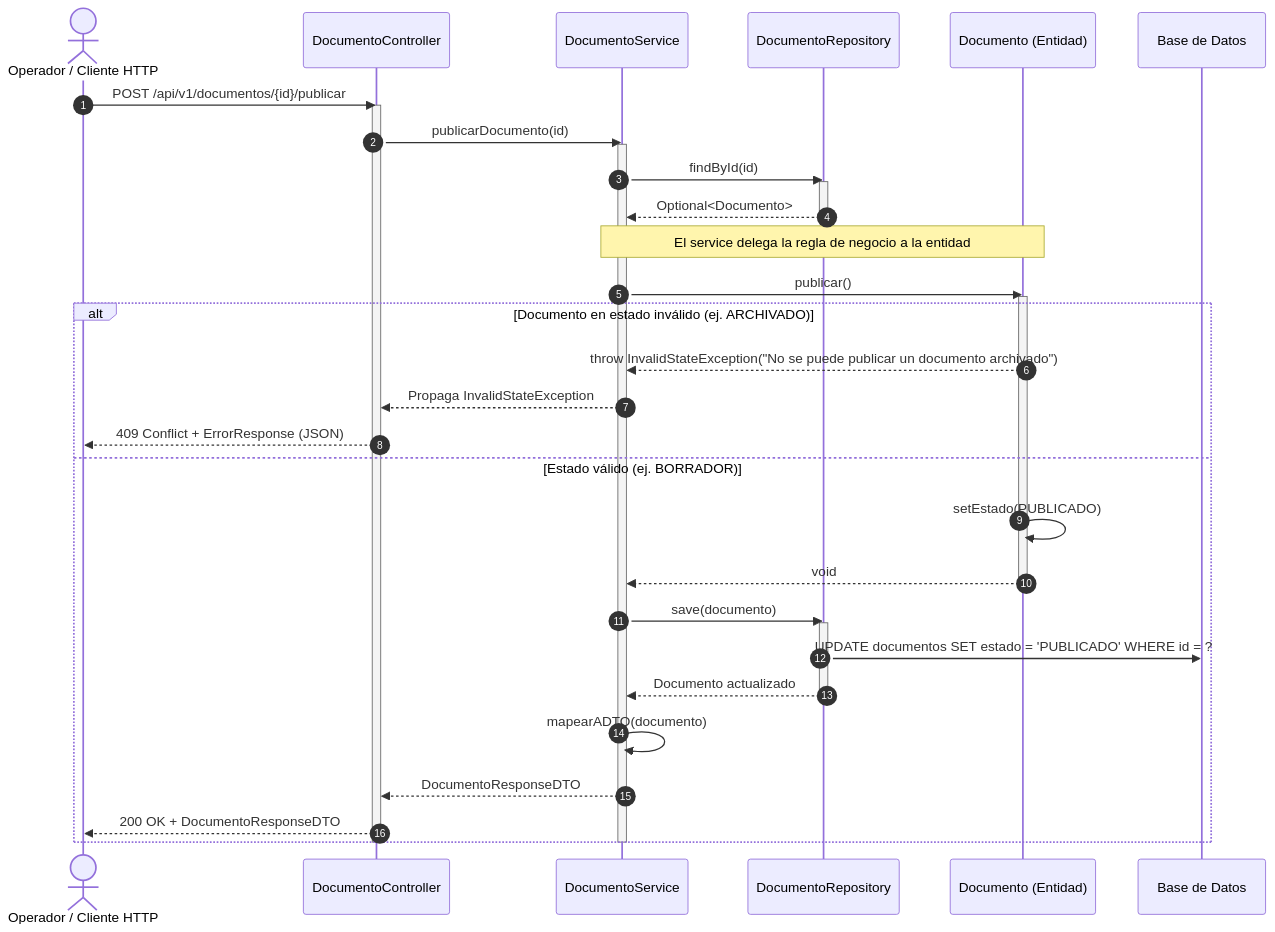
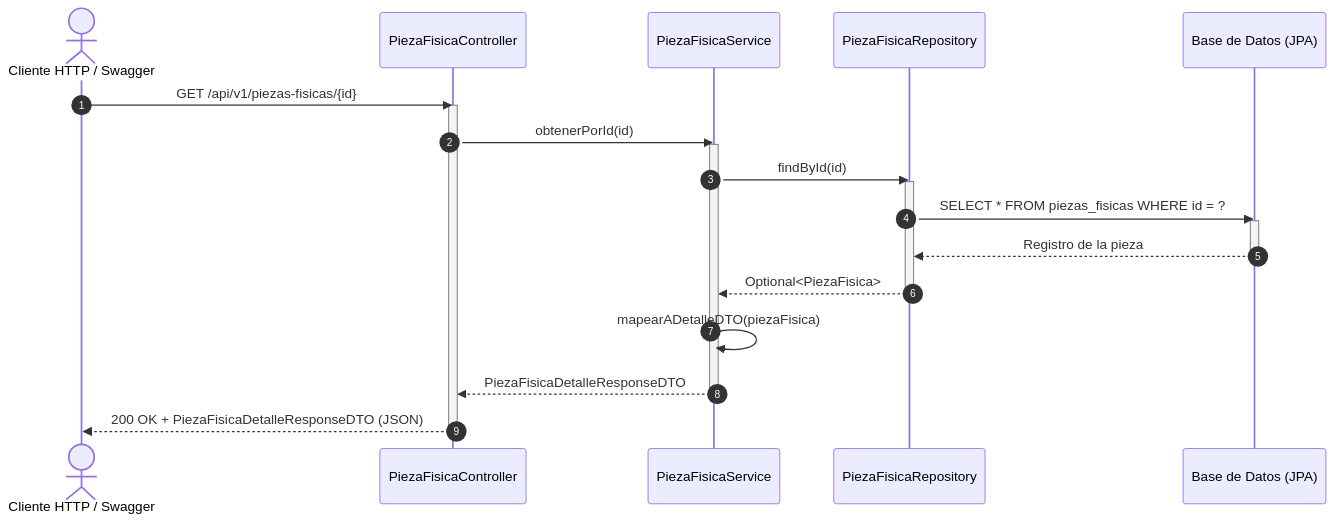
The third of 4 diagrams in docs/diagramas/secuencias.md (crisandersen8-png/tp-integrador-archivo-digital-los-picac-digo), drawn with Mermaid before and after one commit. The commit also changed other lines of this file and 2 other files, not shown here.

Commit message:
diagramas

````diff
--- a/docs/diagramas/secuencias.md
+++ b/docs/diagramas/secuencias.md
@@ -47,46 +119,29 @@
 ```mermaid
 sequenceDiagram
     autonumber
-    actor Cliente as Operador / Cliente HTTP
-    participant Controller as DocumentoController
-    participant Service as DocumentoService
-    participant Repo as DocumentoRepository
-    participant Entidad as Documento (Entidad)
-    participant DB as Base de Datos
+    actor Cliente as Cliente HTTP / Swagger
+    participant Controller as PiezaFisicaController
+    participant Service as PiezaFisicaService
+    participant Repo as PiezaFisicaRepository
+    participant DB as Base de Datos (JPA)
 
-    Cliente->>Controller: POST /api/v1/documentos/{id}/publicar
+    Cliente->>Controller: GET /api/v1/piezas-fisicas/{id}
     activate Controller
-    Controller->>Service: publicarDocumento(id)
+    Controller->>Service: obtenerPorId(id)
     activate Service
-
     Service->>Repo: findById(id)
     activate Repo
-    Repo-->>Service: Optional<Documento>
+    Repo->>DB: SELECT * FROM piezas_fisicas WHERE id = ?
+    activate DB
+    DB-->>Repo: Registro de la pieza
+    deactivate DB
+    Repo-->>Service: Optional<PiezaFisica>
     deactivate Repo
 
-    Note over Service,Entidad: El service delega la regla de negocio a la entidad
-    Service->>Entidad: publicar()
-    activate Entidad
+    Service->>Service: mapearADetalleDTO(piezaFisica)
+    Service-->>Controller: PiezaFisicaDetalleResponseDTO
+    deactivate Service
 
-    alt Documento en estado inválido (ej. ARCHIVADO)
-        Entidad-->>Service: throw InvalidStateException("No se puede publicar un documento archivado")
-        Service-->>Controller: Propaga InvalidStateException
-        Controller-->>Cliente: 409 Conflict + ErrorResponse (JSON)
-    else Estado válido (ej. BORRADOR)
-        Entidad->>Entidad: setEstado(PUBLICADO)
-        Entidad-->>Service: void
-        deactivate Entidad
-
-        Service->>Repo: save(documento)
-        activate Repo
-        Repo->>DB: UPDATE documentos SET estado = 'PUBLICADO' WHERE id = ?
-        Repo-->>Service: Documento actualizado
-        deactivate Repo
-
-        Service->>Service: mapearADTO(documento)
-        Service-->>Controller: DocumentoResponseDTO
-        Controller-->>Cliente: 200 OK + DocumentoResponseDTO
-    end
-    deactivate Service
+    Controller-->>Cliente: 200 OK + PiezaFisicaDetalleResponseDTO (JSON)
     deactivate Controller
 ```
````
